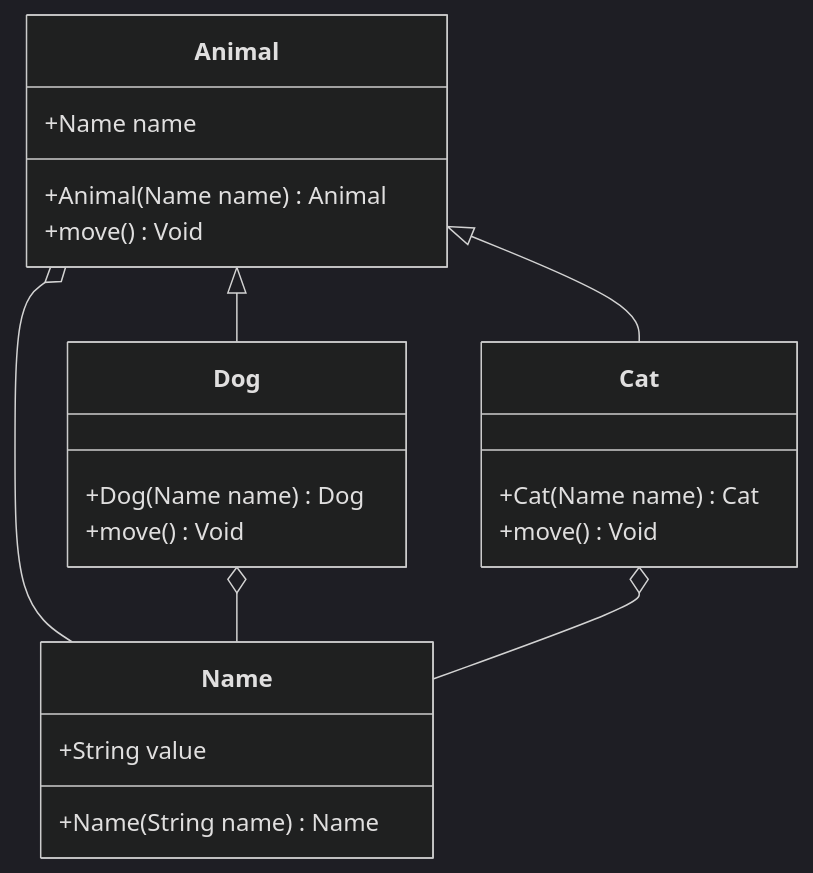
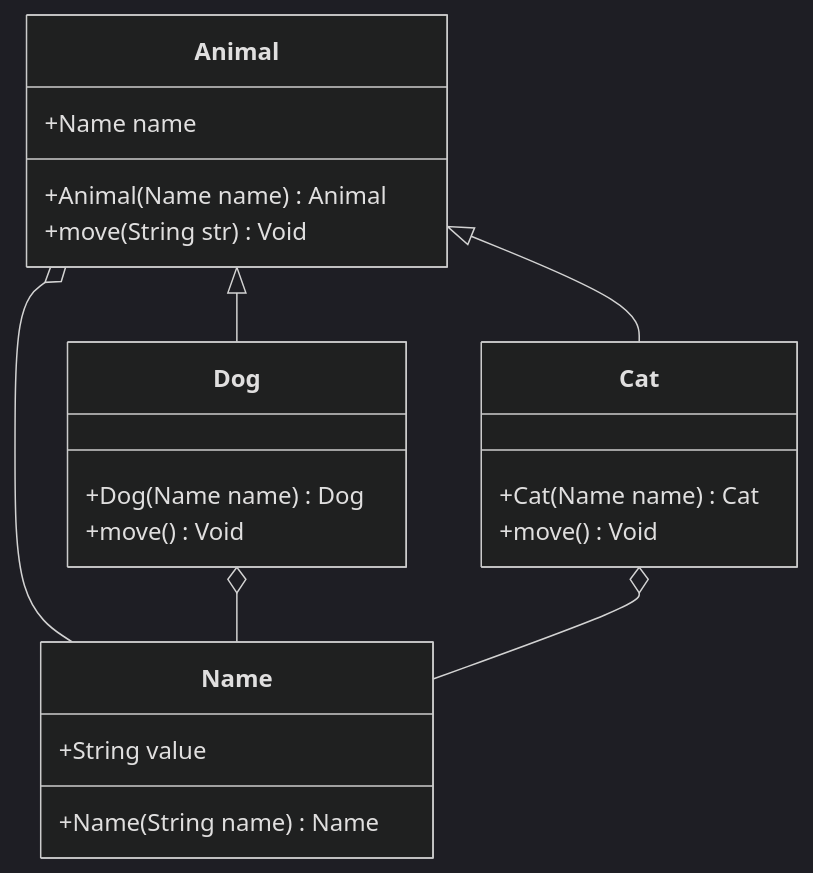
One commit to Connie18/PSDiagramGenerator changed the diagram in Tests/fixture/Animal.md. Above: the diagram before and after it, drawn with Mermaid (dark theme). The commit also changed 8 other files, not shown here.

````diff
--- a/Tests/fixture/Animal.md
+++ b/Tests/fixture/Animal.md
@@ -1,35 +1,35 @@
 ```mermaid
 classDiagram
 
 Animal o-- Name
 Animal <|-- Dog
 Dog o-- Name
 Animal <|-- Cat
 Cat o-- Name
 
 class Animal {
   +Name name
 
   +Animal(Name name) Animal
-  +move() Void
+  +move(String str) Void
 }
 
 class Name {
   +String value
 
   +Name(String name) Name
 }
 
 class Dog {
 
   +Dog(Name name) Dog
   +move() Void
 }
 
 class Cat {
 
   +Cat(Name name) Cat
   +move() Void
 }
 
 ```
````
